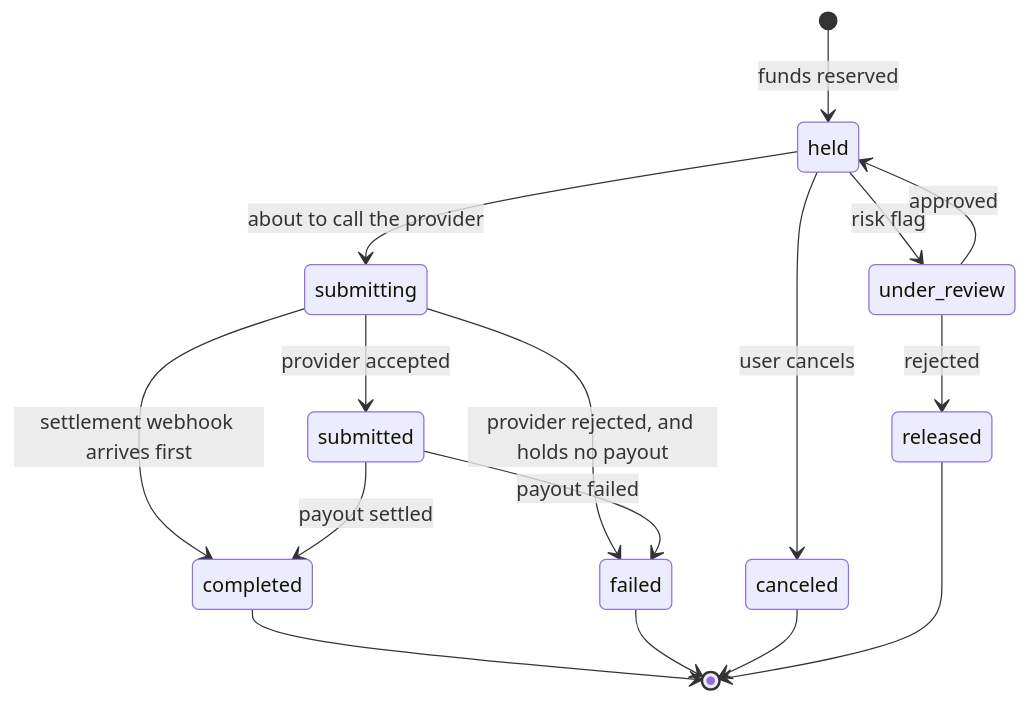
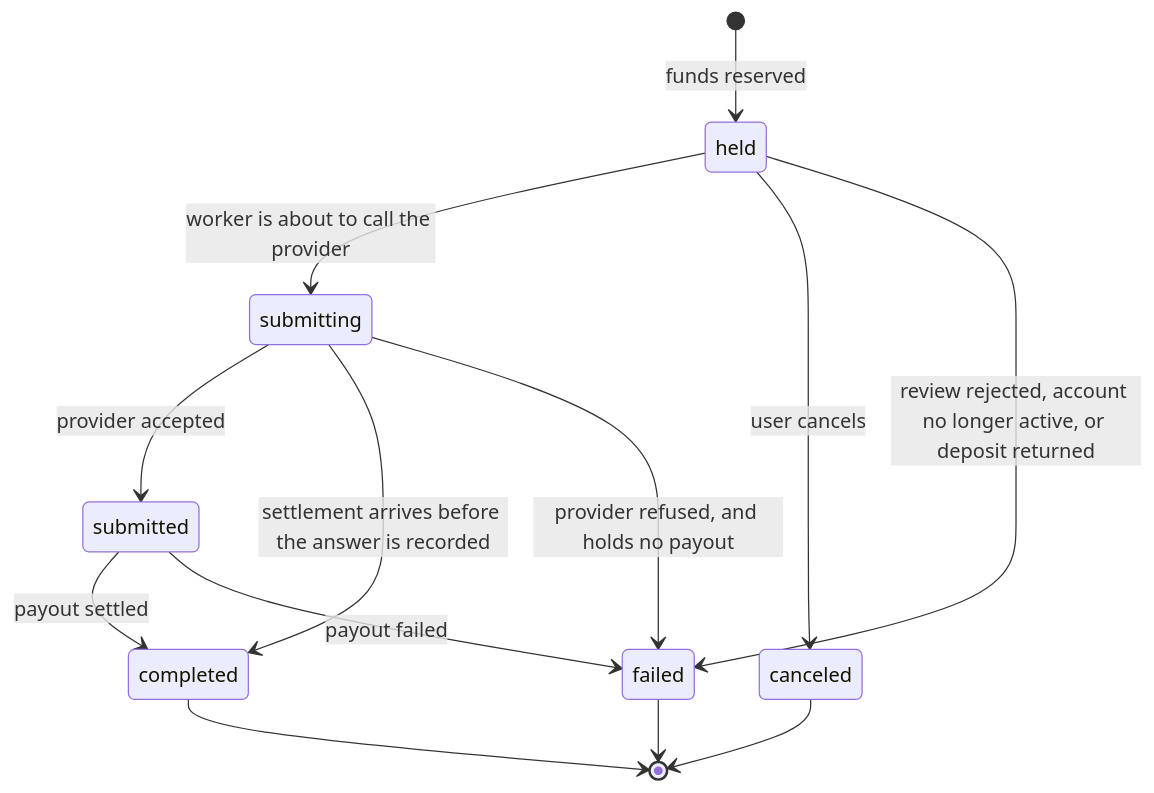
Before and after one commit to AaronJAdler/corridor: the sixth of 8 diagrams in docs/architecture.md, drawn with Mermaid. The commit also changed other lines of this file and 27 other files, not shown here.

````diff
--- a/docs/architecture.md
+++ b/docs/architecture.md
@@ -578,18 +770,15 @@
 ```mermaid
 stateDiagram-v2
     [*] --> held: funds reserved
-    held --> under_review: risk flag
-    under_review --> held: approved
-    under_review --> released: rejected
-    held --> submitting: about to call the provider
+    held --> submitting: worker is about to call the provider
     held --> canceled: user cancels
+    held --> failed: review rejected, account no longer active, or deposit returned
     submitting --> submitted: provider accepted
-    submitting --> completed: settlement webhook arrives first
-    submitting --> failed: provider rejected, and holds no payout
+    submitting --> completed: settlement arrives before the answer is recorded
+    submitting --> failed: provider refused, and holds no payout
     submitted --> completed: payout settled
     submitted --> failed: payout failed
     completed --> [*]
     failed --> [*]
     canceled --> [*]
-    released --> [*]
 ```
````
